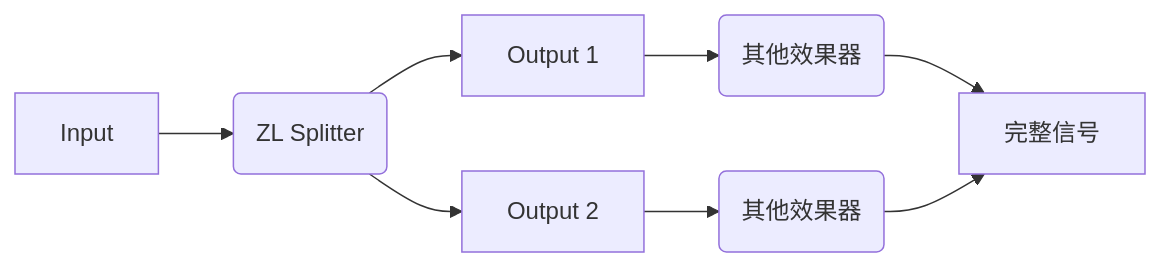
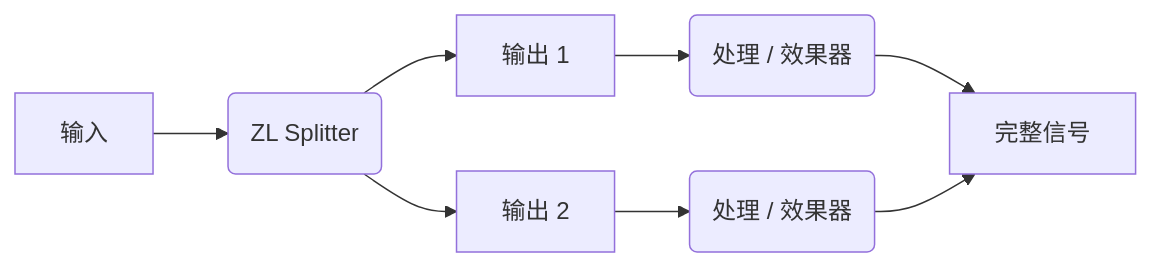
The first of 2 diagrams in content/zh-cn/plugins/zlsplitter/manual.md (ZL-Audio/zl-audio.github.io), drawn with Mermaid before and after one commit. The commit also changed other lines of this file and 20 other files, not shown here.

````diff
--- a/content/zh-cn/plugins/zlsplitter/manual.md
+++ b/content/zh-cn/plugins/zlsplitter/manual.md
@@ -22,6 +20,6 @@
 ```mermaid
 flowchart LR
-    A[Input] -->B(ZL Splitter)
-    B --> C[Output 1] --> C1(其他效果器) --> E[完整信号]
-    B --> D[Output 2] --> D1(其他效果器) --> E
+    A[输入] --> B(ZL Splitter)
+    B --> C[输出 1] --> C1(处理 / 效果器) --> E[完整信号]
+    B --> D[输出 2] --> D1(处理 / 效果器) --> E
 ```
````
